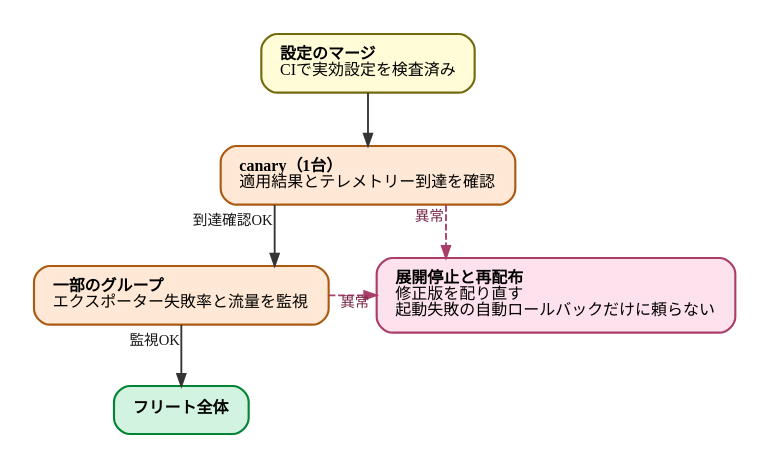
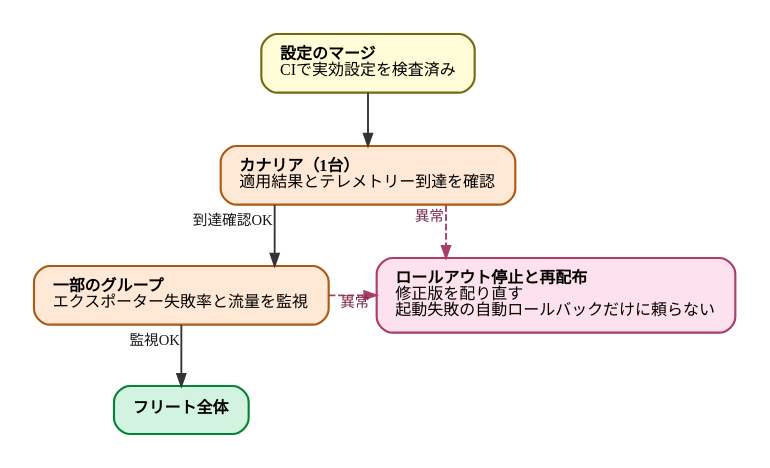
The diagram in diagrams/observability-platform-with-otel/20260926-staged-rollout.dot (ymotongpoo/zenn.dev), drawn with Graphviz before and after one commit. The commit also changed 9 other files, not shown here.

```diff
--- a/diagrams/observability-platform-with-otel/20260926-staged-rollout.dot
+++ b/diagrams/observability-platform-with-otel/20260926-staged-rollout.dot
@@ -1,34 +1,34 @@
 // リモート設定の段階的ロールアウト
 digraph staged_rollout {
   graph [
     fontname="IBM Plex Sans JP", fontsize=13,
     rankdir=TB, compound=true, splines=ortho,
     nodesep=0.5, ranksep=0.55, pad=0.25,
     bgcolor="white", newrank=true
   ];
   node [
     fontname="IBM Plex Sans JP", fontsize=12,
     shape=box, style="rounded,filled",
     fillcolor="#E4E4E4", color="#4A4A4A", penwidth=1.6,
     margin="0.2,0.14"
   ];
   edge [
     fontname="IBM Plex Sans JP", fontsize=11,
     color="#343434", penwidth=1.4, arrowsize=0.9,
     fontcolor="#171717"
   ];
 
   merged [label=<<b>設定のマージ</b><br align="left"/>CIで実効設定を検査済み<br align="left"/>>, fillcolor="#FFFCD7", color="#736B10"];
-  canary [label=<<b>canary（1台）</b><br align="left"/>適用結果とテレメトリー到達を確認<br align="left"/>>, fillcolor="#FFE9D6", color="#AB5A13"];
+  canary [label=<<b>カナリア（1台）</b><br align="left"/>適用結果とテレメトリー到達を確認<br align="left"/>>, fillcolor="#FFE9D6", color="#AB5A13"];
   partial [label=<<b>一部のグループ</b><br align="left"/>エクスポーター失敗率と流量を監視<br align="left"/>>, fillcolor="#FFE9D6", color="#AB5A13"];
   full [label=<<b>フリート全体</b>>, fillcolor="#D2F3DF", color="#038435"];
-  halt [label=<<b>展開停止と再配布</b><br align="left"/>修正版を配り直す<br align="left"/>起動失敗の自動ロールバックだけに頼らない<br align="left"/>>, fillcolor="#FDE1EC", color="#AA3E6A"];
+  halt [label=<<b>ロールアウト停止と再配布</b><br align="left"/>修正版を配り直す<br align="left"/>起動失敗の自動ロールバックだけに頼らない<br align="left"/>>, fillcolor="#FDE1EC", color="#AA3E6A"];
 
   merged -> canary;
   canary -> partial [xlabel=" 到達確認OK"];
   partial -> full [xlabel=" 監視OK"];
   canary -> halt [style=dashed, color="#AA3E6A", fontcolor="#7A2C4C", xlabel=" 異常"];
   partial -> halt [style=dashed, color="#AA3E6A", fontcolor="#7A2C4C", xlabel=" 異常"];
 
   { rank=same; partial; halt; }
 }
```
